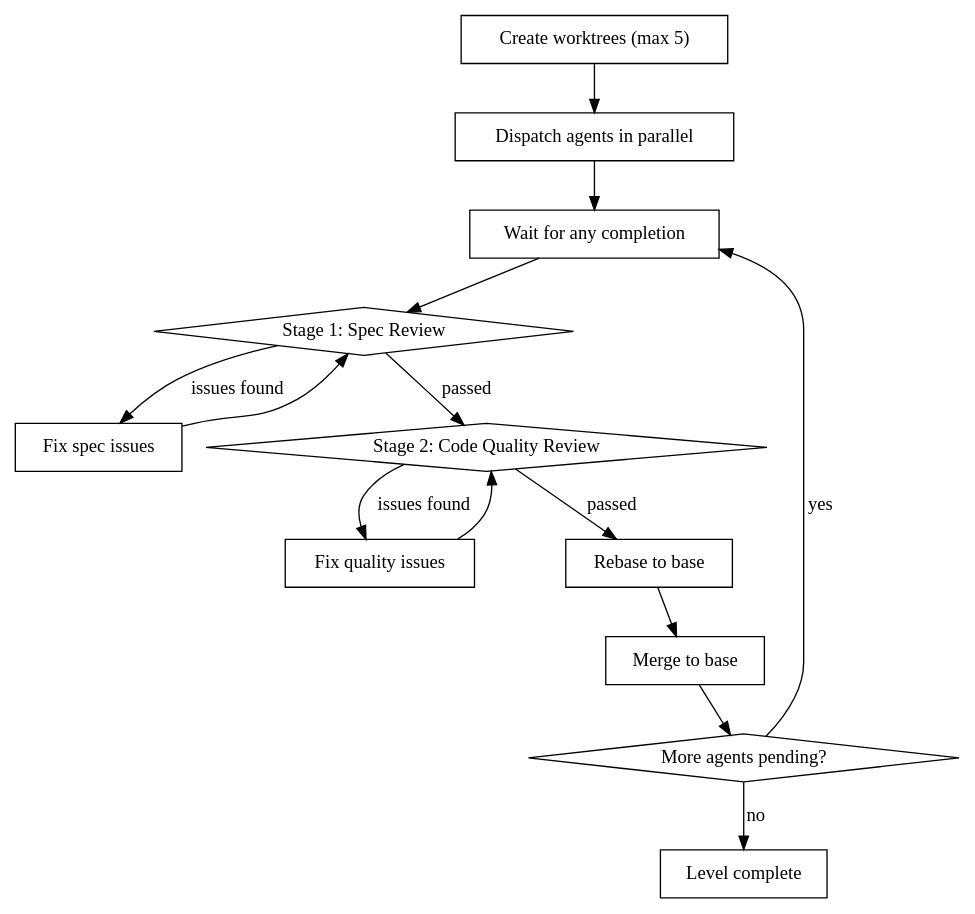
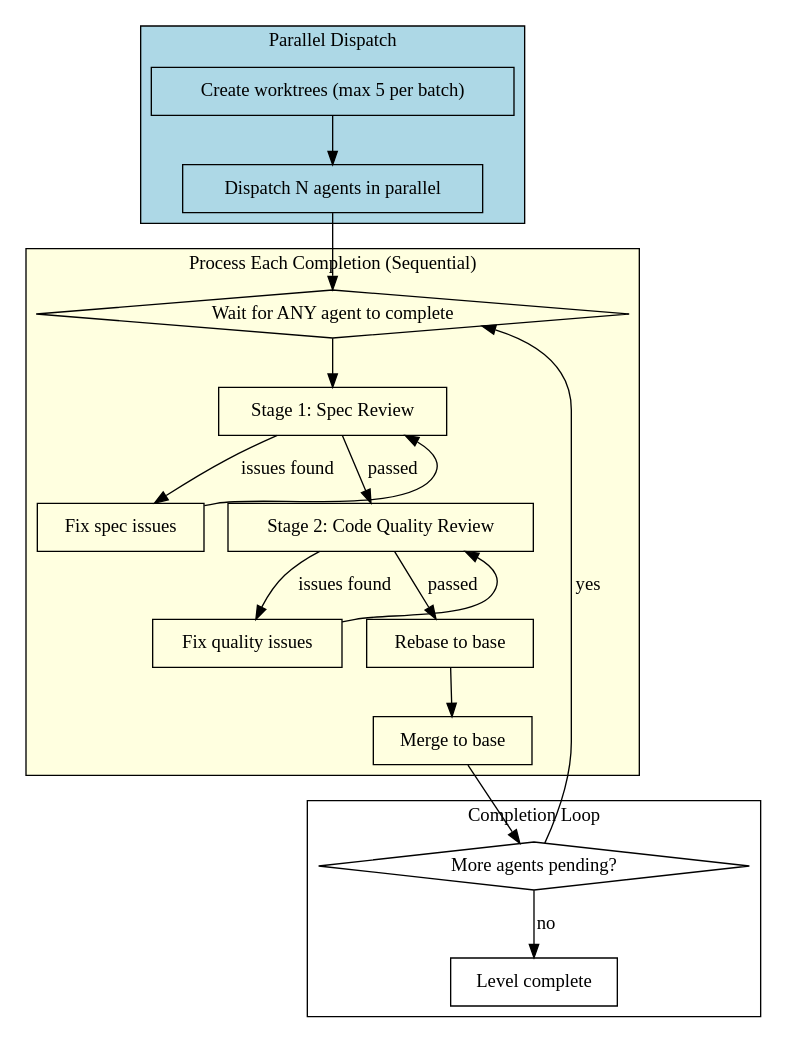
One commit to icefrag/nbl-superpowers changed the third of 4 diagrams in skills/nbl.subagent-driven-development/SKILL.md. Above: the diagram before and after it, drawn with Graphviz. The commit also changed other lines of this file, not shown here.

First line of the commit message:
feat(subagent-driven): add rebase conflict resolution and parallel question handling

````diff
--- a/skills/nbl.subagent-driven-development/SKILL.md
+++ b/skills/nbl.subagent-driven-development/SKILL.md
@@ -200,31 +194,44 @@
 ```dot
 digraph pipeline_flow {
     rankdir=TB;
 
-    "Create worktrees (max 5)" [shape=box];
-    "Dispatch agents in parallel" [shape=box];
-    "Wait for any completion" [shape=box];
-    "Stage 1: Spec Review" [shape=diamond];
-    "Fix spec issues" [shape=box];
-    "Stage 2: Code Quality Review" [shape=diamond];
-    "Fix quality issues" [shape=box];
-    "Rebase to base" [shape=box];
-    "Merge to base" [shape=box];
-    "More agents pending?" [shape=diamond];
-    "Level complete" [shape=box];
+    subgraph cluster_dispatch {
+        label="Parallel Dispatch";
+        style=filled fillcolor=lightblue;
+        "Create worktrees (max 5 per batch)" [shape=box];
+        "Dispatch N agents in parallel" [shape=box];
+    }
 
-    "Create worktrees (max 5)" -> "Dispatch agents in parallel";
-    "Dispatch agents in parallel" -> "Wait for any completion";
-    "Wait for any completion" -> "Stage 1: Spec Review";
+    subgraph cluster_process {
+        label="Process Each Completion (Sequential)";
+        style=filled fillcolor=lightyellow;
+        "Wait for ANY agent to complete" [shape=diamond];
+        "Stage 1: Spec Review" [shape=box];
+        "Fix spec issues" [shape=box];
+        "Stage 2: Code Quality Review" [shape=box];
+        "Fix quality issues" [shape=box];
+        "Rebase to base" [shape=box];
+        "Merge to base" [shape=box];
+    }
+
+    subgraph cluster_loop {
+        label="Completion Loop";
+        "More agents pending?" [shape=diamond];
+        "Level complete" [shape=box];
+    }
+
+    "Create worktrees (max 5 per batch)" -> "Dispatch N agents in parallel";
+    "Dispatch N agents in parallel" -> "Wait for ANY agent to complete";
+    "Wait for ANY agent to complete" -> "Stage 1: Spec Review";
     "Stage 1: Spec Review" -> "Fix spec issues" [label="issues found"];
-    "Fix spec issues" -> "Stage 1: Spec Review";
+    "Fix spec issues" -> "Stage 1: Spec Review" [constraint=false];
     "Stage 1: Spec Review" -> "Stage 2: Code Quality Review" [label="passed"];
     "Stage 2: Code Quality Review" -> "Fix quality issues" [label="issues found"];
-    "Fix quality issues" -> "Stage 2: Code Quality Review";
+    "Fix quality issues" -> "Stage 2: Code Quality Review" [constraint=false];
     "Stage 2: Code Quality Review" -> "Rebase to base" [label="passed"];
     "Rebase to base" -> "Merge to base";
     "Merge to base" -> "More agents pending?";
-    "More agents pending?" -> "Wait for any completion" [label="yes"];
+    "More agents pending?" -> "Wait for ANY agent to complete" [label="yes"];
     "More agents pending?" -> "Level complete" [label="no"];
 }
 ```
````
